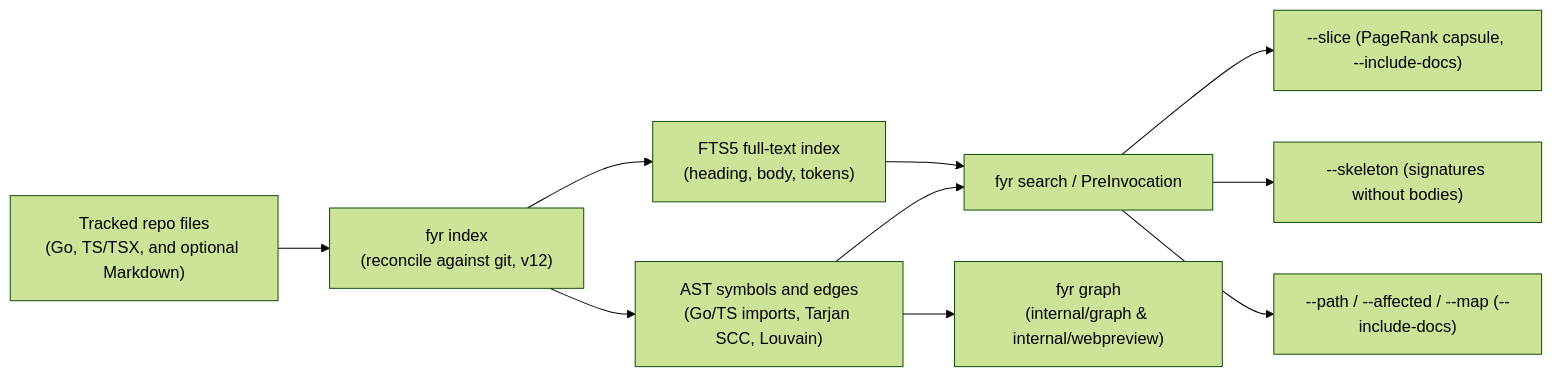
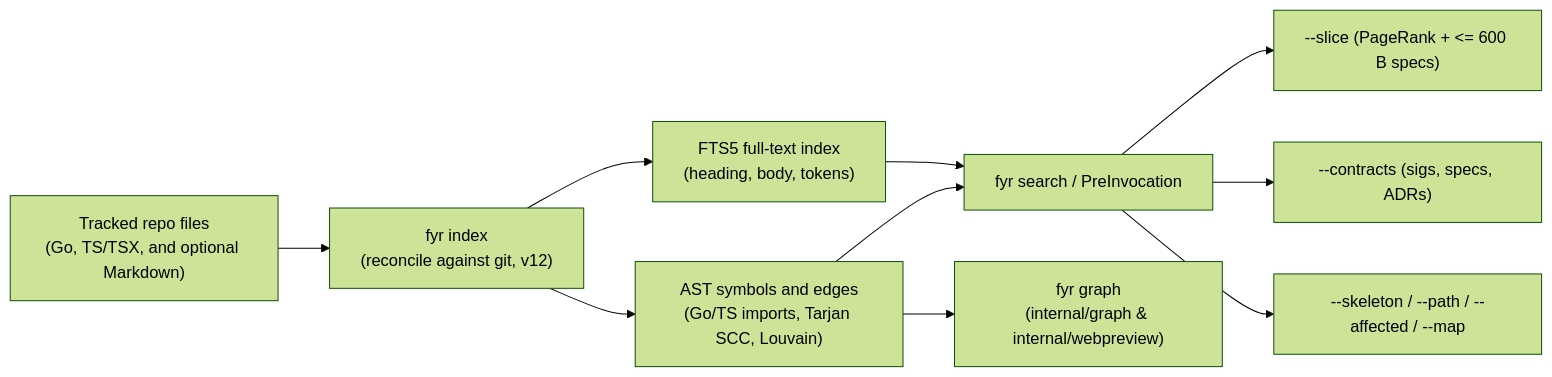
One commit to kesokaj/fyr changed the second of 7 diagrams in features/hooks-and-ast-graph.md. Above: the diagram before and after it, drawn with Mermaid (forest theme). The commit also changed other lines of this file and 12 other files, not shown here.

````diff
--- a/features/hooks-and-ast-graph.md
+++ b/features/hooks-and-ast-graph.md
@@ -40,12 +40,12 @@
 ```mermaid
 flowchart LR
     repoFiles["Tracked repo files\n(Go, TS/TSX, and optional Markdown)"] --> indexer["fyr index\n(reconcile against git, v12)"]
     indexer --> ftsIndex["FTS5 full-text index\n(heading, body, tokens)"]
     indexer --> astGraph["AST symbols and edges\n(Go/TS imports, Tarjan SCC, Louvain)"]
     ftsIndex --> queryEngine["fyr search / PreInvocation"]
     astGraph --> queryEngine
     astGraph --> graphCmd["fyr graph\n(internal/graph & internal/webpreview)"]
-    queryEngine --> sliceOut["--slice (PageRank capsule, --include-docs)"]
-    queryEngine --> skelOut["--skeleton (signatures without bodies)"]
-    queryEngine --> pathOut["--path / --affected / --map (--include-docs)"]
+    queryEngine --> sliceOut["--slice (PageRank + <= 600 B specs)"]
+    queryEngine --> contractsOut["--contracts (sigs, specs, ADRs)"]
+    queryEngine --> skelOut["--skeleton / --path / --affected / --map"]
 ```
````
